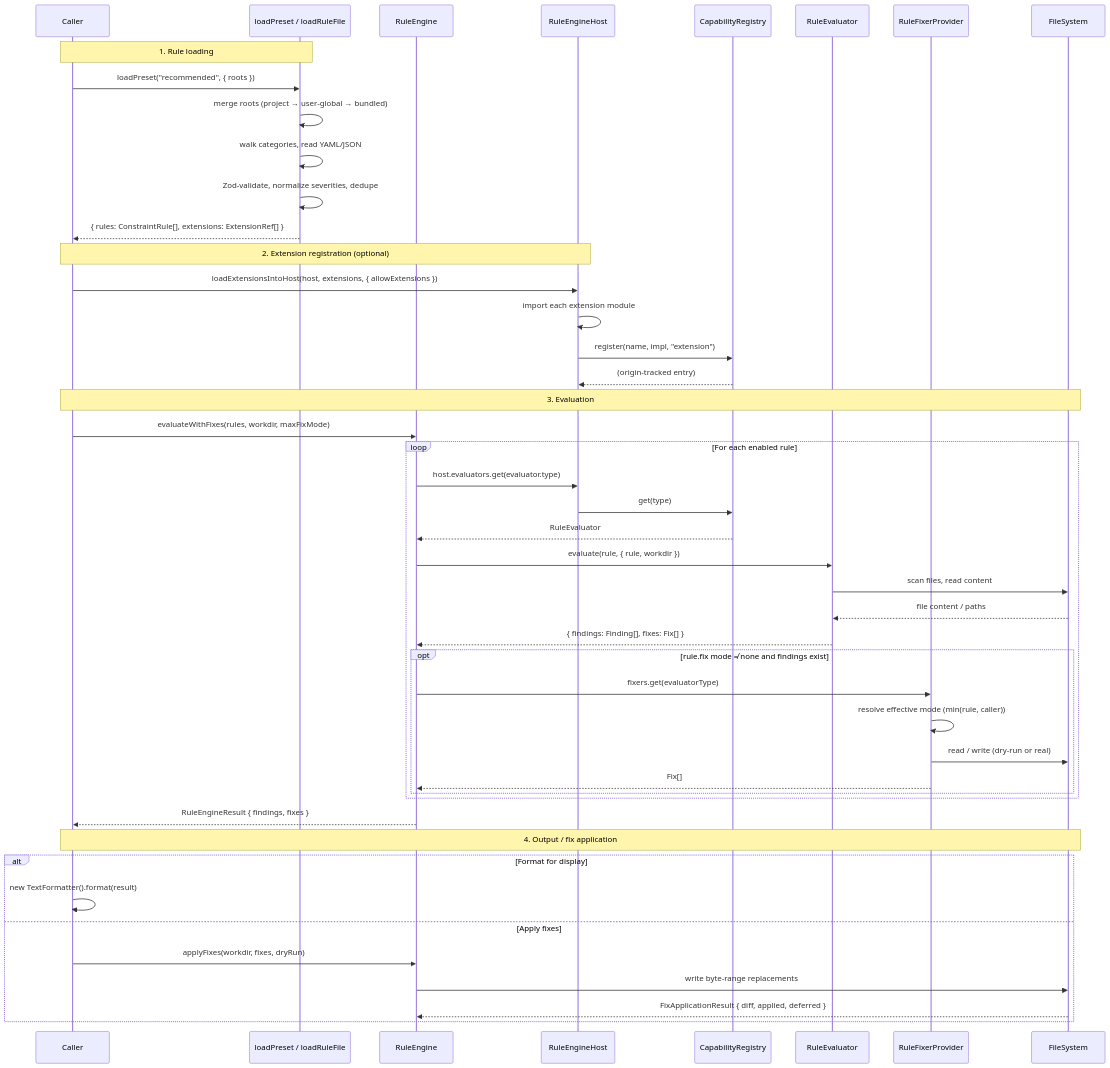
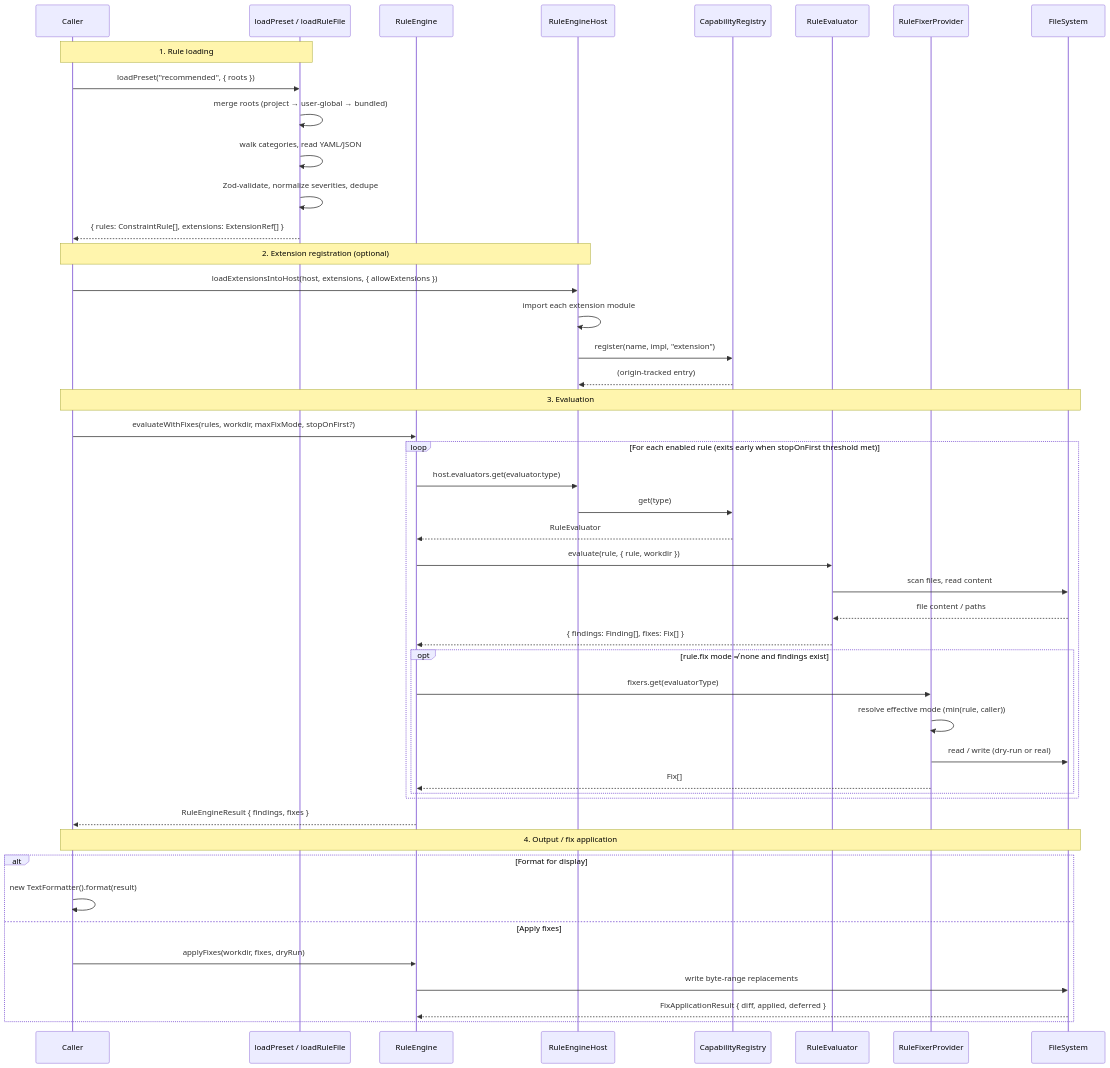
Before and after one commit to gobing-ai/ts-libs: the third of 3 diagrams in packages/rule-engine/README.md, drawn with Mermaid. The commit also changed other lines of this file, not shown here.

Commit message:
refactor(dual-workflow-engine): add plugin support to the workflow engine

````diff
--- a/packages/rule-engine/README.md
+++ b/packages/rule-engine/README.md
@@ -78,53 +78,53 @@
 ```mermaid
 sequenceDiagram
     participant Caller
     participant Loader as loadPreset / loadRuleFile
     participant Engine as RuleEngine
     participant Host as RuleEngineHost
     participant Registry as CapabilityRegistry
     participant Evaluator as RuleEvaluator
     participant Fixer as RuleFixerProvider
     participant FS as FileSystem
 
     Note over Caller,Loader: 1. Rule loading
     Caller->>Loader: loadPreset("recommended", { roots })
     Loader->>Loader: merge roots (project → user-global → bundled)
     Loader->>Loader: walk categories, read YAML/JSON
     Loader->>Loader: Zod-validate, normalize severities, dedupe
     Loader-->>Caller: { rules: ConstraintRule[], extensions: ExtensionRef[] }
 
     Note over Caller,Host: 2. Extension registration (optional)
     Caller->>Host: loadExtensionsIntoHost(host, extensions, { allowExtensions })
     Host->>Host: import each extension module
     Host->>Registry: register(name, impl, "extension")
     Registry-->>Host: (origin-tracked entry)
 
     Note over Caller,FS: 3. Evaluation
-    Caller->>Engine: evaluateWithFixes(rules, workdir, maxFixMode)
-    loop For each enabled rule
+    Caller->>Engine: evaluateWithFixes(rules, workdir, maxFixMode, stopOnFirst?)
+    loop For each enabled rule (exits early when stopOnFirst threshold met)
         Engine->>Host: host.evaluators.get(evaluator.type)
         Host->>Registry: get(type)
         Registry-->>Engine: RuleEvaluator
         Engine->>Evaluator: evaluate(rule, { rule, workdir })
         Evaluator->>FS: scan files, read content
         FS-->>Evaluator: file content / paths
         Evaluator-->>Engine: { findings: Finding[], fixes: Fix[] }
 
         opt rule.fix mode ≠ none and findings exist
             Engine->>Fixer: fixers.get(evaluatorType)
             Fixer->>Fixer: resolve effective mode (min(rule, caller))
             Fixer->>FS: read / write (dry-run or real)
             Fixer-->>Engine: Fix[]
         end
     end
     Engine-->>Caller: RuleEngineResult { findings, fixes }
 
     Note over Caller,FS: 4. Output / fix application
     alt Format for display
         Caller->>Caller: new TextFormatter().format(result)
     else Apply fixes
         Caller->>Engine: applyFixes(workdir, fixes, dryRun)
         Engine->>FS: write byte-range replacements
         FS-->>Engine: FixApplicationResult { diff, applied, deferred }
     end
 ```
````
